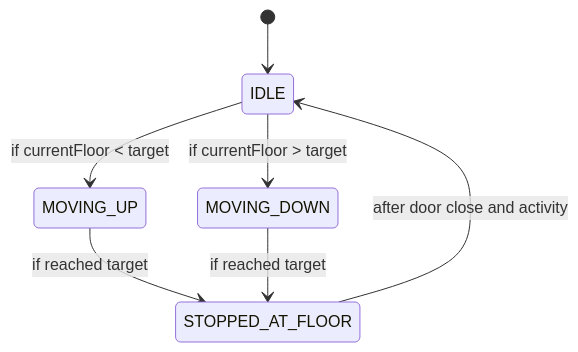
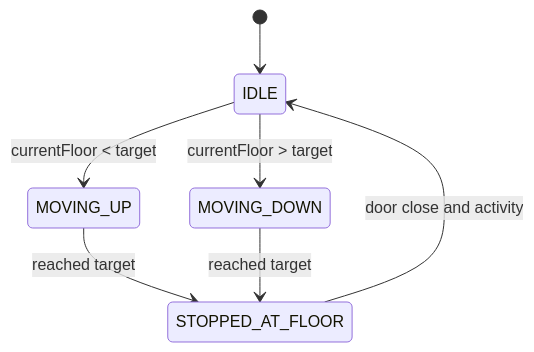
The second of 7 diagrams in README.md (shammaihamilton/elevator-simulator), drawn with Mermaid before and after one commit. The commit also changed other lines of this file, not shown here.

````diff
--- a/README.md
+++ b/README.md
@@ -50,9 +50,9 @@
 ```mermaid
 stateDiagram-v2
   [*] --> IDLE
-  IDLE --> MOVING_UP : if currentFloor < target
-  IDLE --> MOVING_DOWN : if currentFloor > target
-  MOVING_UP --> STOPPED_AT_FLOOR : if reached target
-  MOVING_DOWN --> STOPPED_AT_FLOOR : if reached target
-  STOPPED_AT_FLOOR --> IDLE : after door close and activity
+  IDLE --> MOVING_UP : currentFloor < target
+  IDLE --> MOVING_DOWN : currentFloor > target
+  MOVING_UP --> STOPPED_AT_FLOOR : reached target
+  MOVING_DOWN --> STOPPED_AT_FLOOR : reached target
+  STOPPED_AT_FLOOR --> IDLE : door close and activity
 ```
````
